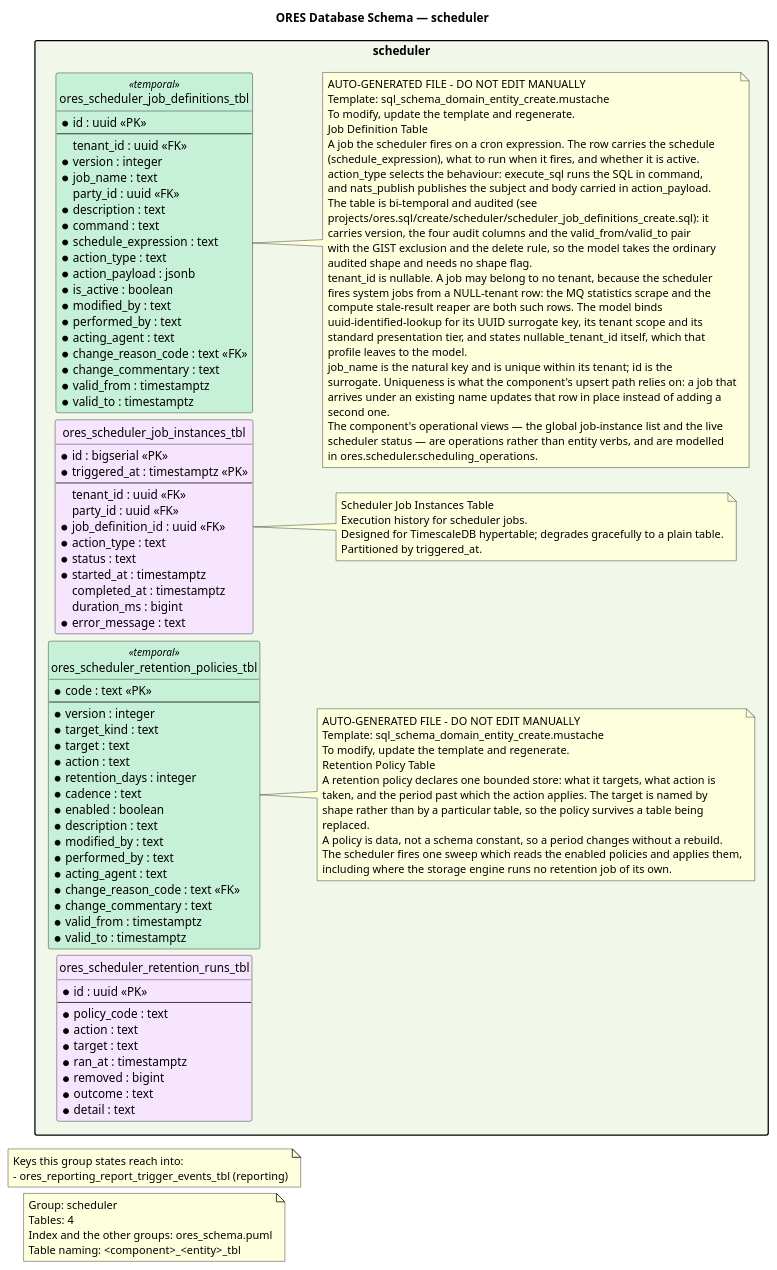
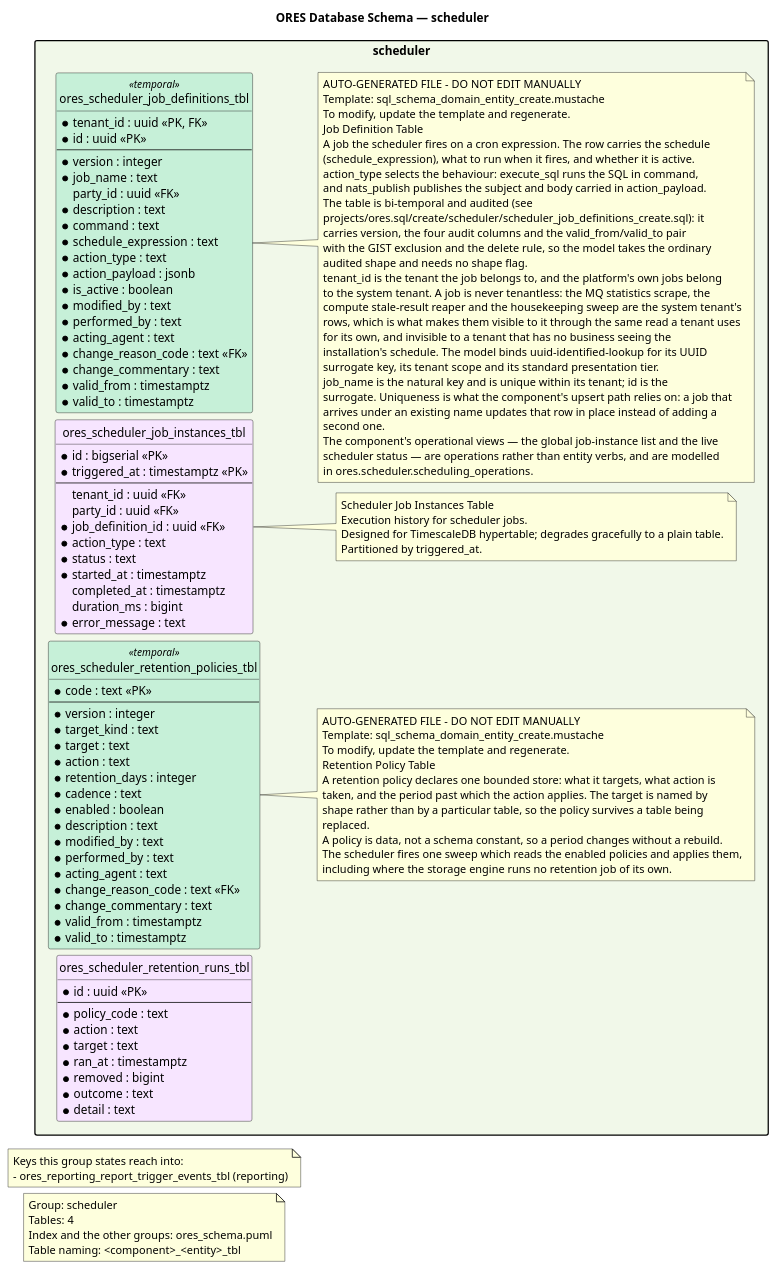
One commit to OreStudio/OreStudio changed the diagram in projects/ores.sql/modeling/ores_schema.scheduler.puml. Above: the diagram before and after it, drawn with PlantUML. The commit also changed 16 other files, not shown here.

First line of the commit message:
[scheduler] Make the platform's jobs the system tenant's

```diff
--- a/projects/ores.sql/modeling/ores_schema.scheduler.puml
+++ b/projects/ores.sql/modeling/ores_schema.scheduler.puml
@@ -21,158 +21,159 @@
 @startuml
 
 title ORES Database Schema — scheduler
 hide circle
 skinparam linetype ortho
 
 ' Layout: left-to-right stacks packages vertically
 left to right direction
 skinparam packageStyle rectangle
 skinparam nodesep 8
 skinparam ranksep 20
 
 note as GroupNote
 Group: scheduler
 Tables: 4
 Index and the other groups: ores_schema.puml
 Table naming: <component>_<entity>_tbl
 end note
 
 note as OtherGroups
 Keys this group states reach into:
 - ores_reporting_report_trigger_events_tbl (reporting)
 end note
 
 '
 ' ==================== scheduler (Job Scheduler) ====================
 '
 package "scheduler" #F1F8E9 {
     entity ores_scheduler_job_definitions_tbl <<temporal>> #C6F0D8 {
+        * tenant_id : uuid <<PK, FK>>
         * id : uuid <<PK>>
         --
-          tenant_id : uuid <<FK>>
         * version : integer
         * job_name : text
           party_id : uuid <<FK>>
         * description : text
         * command : text
         * schedule_expression : text
         * action_type : text
         * action_payload : jsonb
         * is_active : boolean
         * modified_by : text
         * performed_by : text
         * acting_agent : text
         * change_reason_code : text <<FK>>
         * change_commentary : text
         * valid_from : timestamptz
         * valid_to : timestamptz
     }
 
     note right of ores_scheduler_job_definitions_tbl
     AUTO-GENERATED FILE - DO NOT EDIT MANUALLY
     Template: sql_schema_domain_entity_create.mustache
     To modify, update the template and regenerate.
     Job Definition Table
     A job the scheduler fires on a cron expression. The row carries the schedule
     (schedule_expression), what to run when it fires, and whether it is active.
     action_type selects the behaviour: execute_sql runs the SQL in command,
     and nats_publish publishes the subject and body carried in action_payload.
     The table is bi-temporal and audited (see
     projects/ores.sql/create/scheduler/scheduler_job_definitions_create.sql): it
     carries version, the four audit columns and the valid_from/valid_to pair
     with the GIST exclusion and the delete rule, so the model takes the ordinary
     audited shape and needs no shape flag.
-    tenant_id is nullable. A job may belong to no tenant, because the scheduler
-    fires system jobs from a NULL-tenant row: the MQ statistics scrape and the
-    compute stale-result reaper are both such rows. The model binds
-    uuid-identified-lookup for its UUID surrogate key, its tenant scope and its
-    standard presentation tier, and states nullable_tenant_id itself, which that
-    profile leaves to the model.
+    tenant_id is the tenant the job belongs to, and the platform's own jobs belong
+    to the system tenant. A job is never tenantless: the MQ statistics scrape, the
+    compute stale-result reaper and the housekeeping sweep are the system tenant's
+    rows, which is what makes them visible to it through the same read a tenant uses
+    for its own, and invisible to a tenant that has no business seeing the
+    installation's schedule. The model binds uuid-identified-lookup for its UUID
+    surrogate key, its tenant scope and its standard presentation tier.
     job_name is the natural key and is unique within its tenant; id is the
     surrogate. Uniqueness is what the component's upsert path relies on: a job that
     arrives under an existing name updates that row in place instead of adding a
     second one.
     The component's operational views — the global job-instance list and the live
     scheduler status — are operations rather than entity verbs, and are modelled
     in ores.scheduler.scheduling_operations.
     end note
 
     entity ores_scheduler_job_instances_tbl  #F7E5FF {
         * id : bigserial <<PK>>
         * triggered_at : timestamptz <<PK>>
         --
           tenant_id : uuid <<FK>>
           party_id : uuid <<FK>>
         * job_definition_id : uuid <<FK>>
         * action_type : text
         * status : text
         * started_at : timestamptz
           completed_at : timestamptz
           duration_ms : bigint
         * error_message : text
     }
 
     note right of ores_scheduler_job_instances_tbl
     Scheduler Job Instances Table
     Execution history for scheduler jobs.
     Designed for TimescaleDB hypertable; degrades gracefully to a plain table.
     Partitioned by triggered_at.
     end note
 
     entity ores_scheduler_retention_policies_tbl <<temporal>> #C6F0D8 {
         * code : text <<PK>>
         --
         * version : integer
         * target_kind : text
         * target : text
         * action : text
         * retention_days : integer
         * cadence : text
         * enabled : boolean
         * description : text
         * modified_by : text
         * performed_by : text
         * acting_agent : text
         * change_reason_code : text <<FK>>
         * change_commentary : text
         * valid_from : timestamptz
         * valid_to : timestamptz
     }
 
     note right of ores_scheduler_retention_policies_tbl
     AUTO-GENERATED FILE - DO NOT EDIT MANUALLY
     Template: sql_schema_domain_entity_create.mustache
     To modify, update the template and regenerate.
     Retention Policy Table
     A retention policy declares one bounded store: what it targets, what action is
     taken, and the period past which the action applies. The target is named by
     shape rather than by a particular table, so the policy survives a table being
     replaced.
     A policy is data, not a schema constant, so a period changes without a rebuild.
     The scheduler fires one sweep which reads the enabled policies and applies them,
     including where the storage engine runs no retention job of its own.
     end note
 
     entity ores_scheduler_retention_runs_tbl  #F7E5FF {
         * id : uuid <<PK>>
         --
         * policy_code : text
         * action : text
         * target : text
         * ran_at : timestamptz
         * removed : bigint
         * outcome : text
         * detail : text
     }
 
 }
 
 
 '
 ' ==================== Relationships ====================
 '
 
 ' Local Variables:
 ' compile-command: "java -Djava.awt.headless=true -DPLANTUML_LIMIT_SIZE=131072 -jar /usr/share/plantuml/plantuml.jar ores_schema.scheduler.puml"
 ' End:
 @enduml
```
